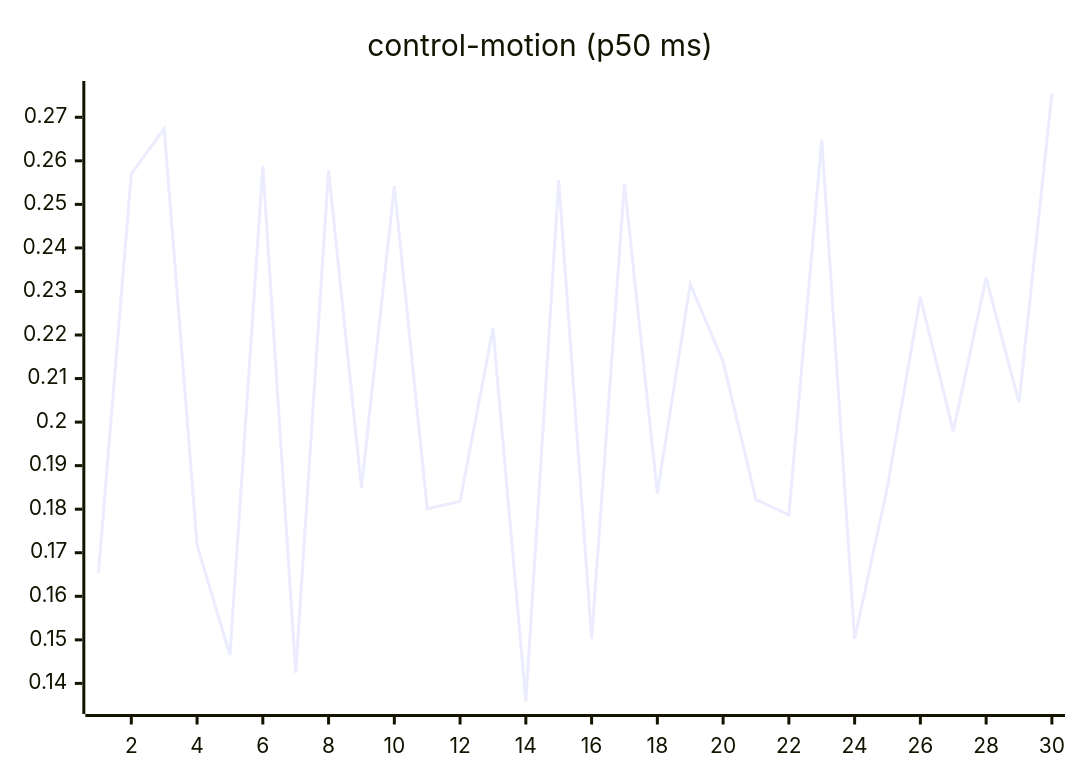
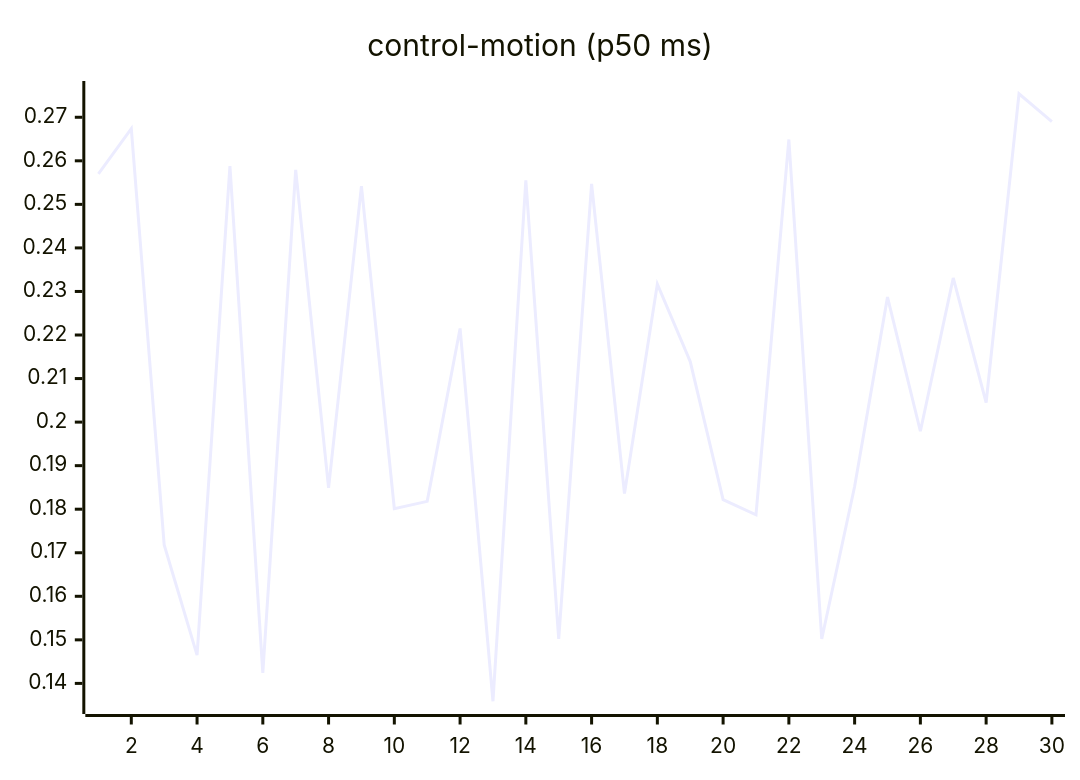
Before and after one commit to josha/Facet: the seventh of 27 diagrams in README.md, drawn with Mermaid. The commit also changed other lines of this file and 2 other files, not shown here.

````diff
--- a/README.md
+++ b/README.md
@@ -105,6 +105,6 @@
 ```mermaid
 xychart-beta
     title "control-motion (p50 ms)"
     x-axis 1 --> 30
-    line [0.1653, 0.2570, 0.2674, 0.1718, 0.1465, 0.2588, 0.1424, 0.2579, 0.1849, 0.2542, 0.1801, 0.1818, 0.2215, 0.1359, 0.2555, 0.1502, 0.2547, 0.1836, 0.2317, 0.2139, 0.1822, 0.1787, 0.2649, 0.1502, 0.1852, 0.2287, 0.1979, 0.2331, 0.2045, 0.2754]
+    line [0.2570, 0.2674, 0.1718, 0.1465, 0.2588, 0.1424, 0.2579, 0.1849, 0.2542, 0.1801, 0.1818, 0.2215, 0.1359, 0.2555, 0.1502, 0.2547, 0.1836, 0.2317, 0.2139, 0.1822, 0.1787, 0.2649, 0.1502, 0.1852, 0.2287, 0.1979, 0.2331, 0.2045, 0.2754, 0.2690]
 ```
````
